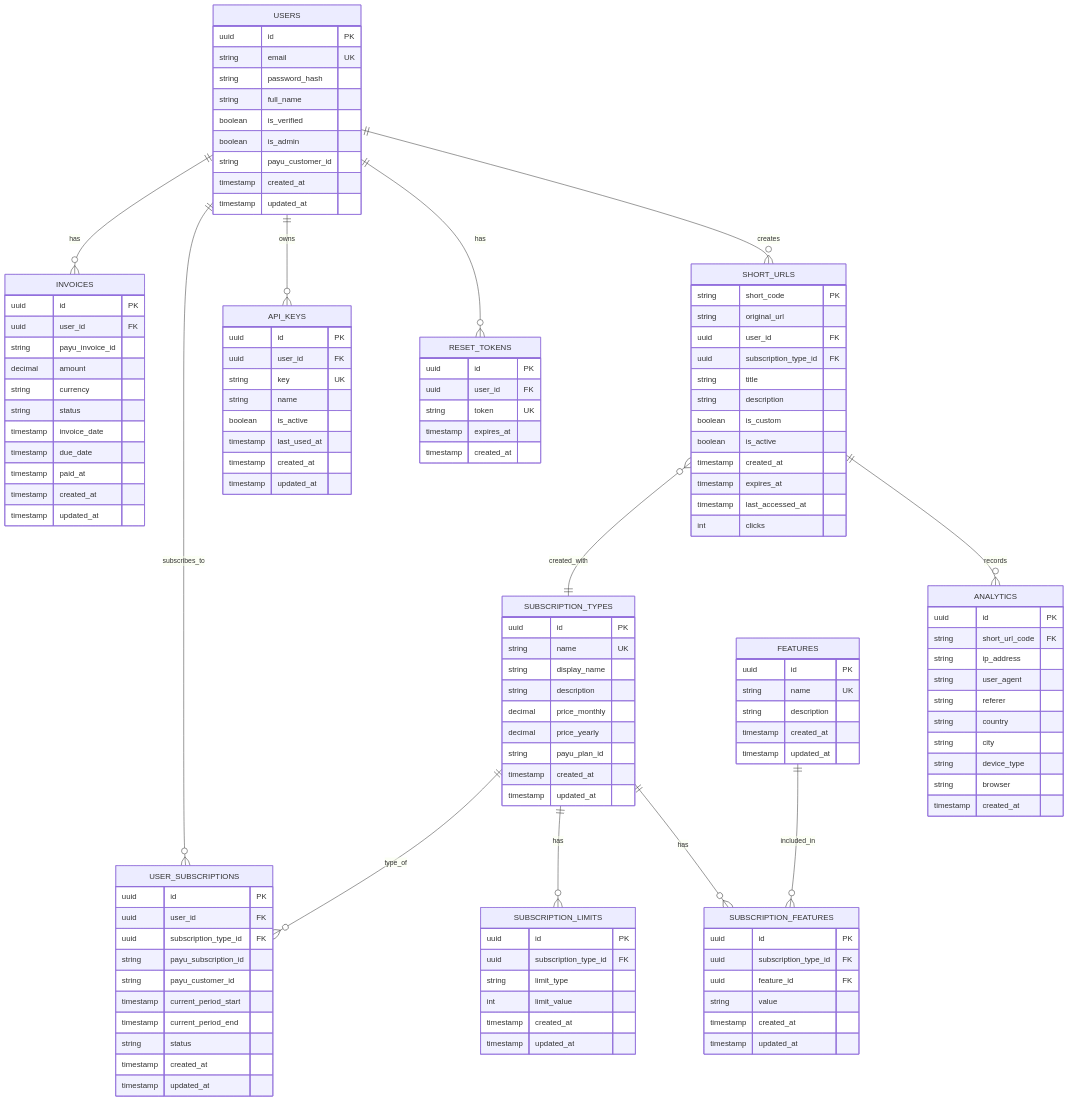
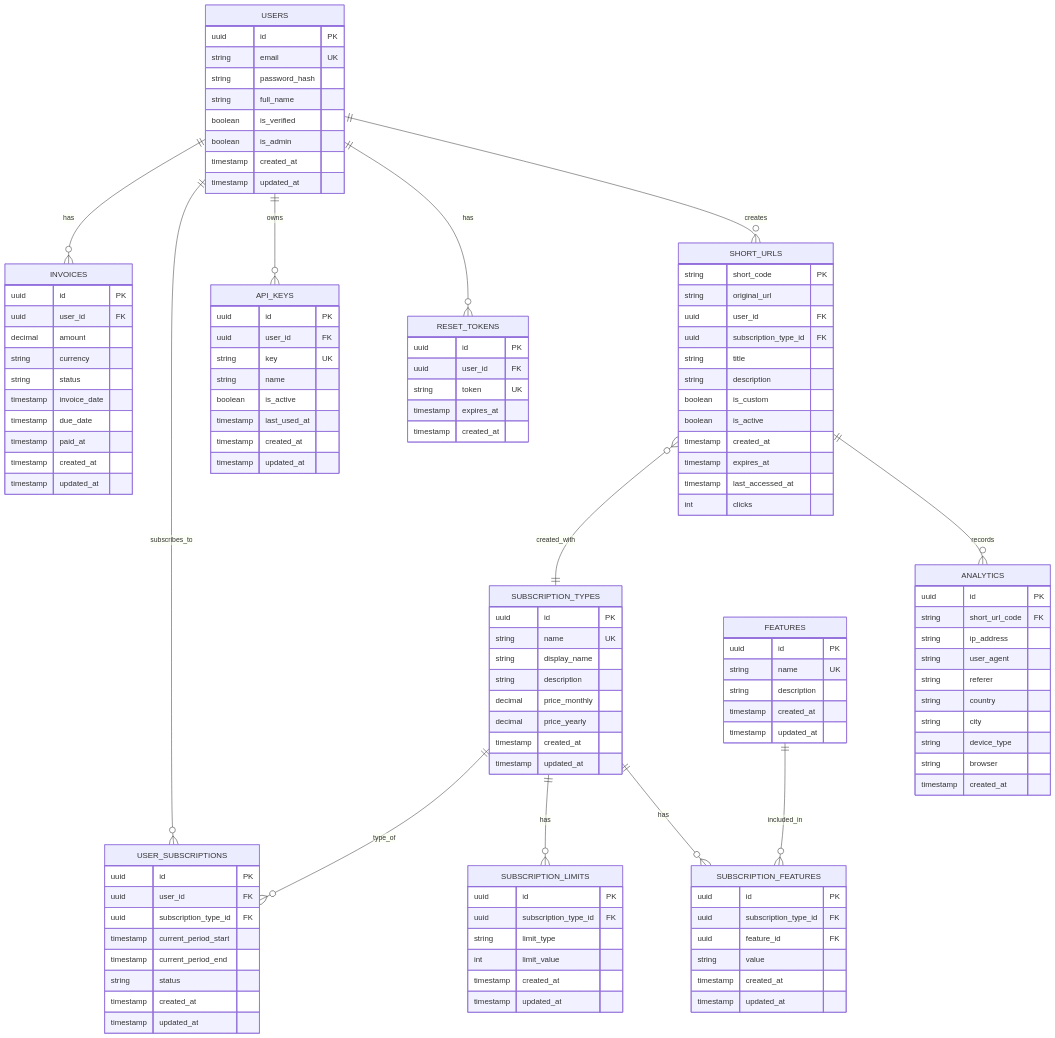
One commit to sylvesterdas/minifyn-homepage changed the diagram in docs/updated-erd.mermaid. Above: the diagram before and after it, drawn with Mermaid. The commit also changed 10 other files, not shown here.

```diff
--- a/docs/updated-erd.mermaid
+++ b/docs/updated-erd.mermaid
@@ -1,136 +1,131 @@
 erDiagram
     USERS ||--o{ SHORT_URLS : creates
     USERS ||--o{ RESET_TOKENS : has
     USERS ||--o{ API_KEYS : owns
     USERS ||--o{ USER_SUBSCRIPTIONS : subscribes_to
     USERS ||--o{ INVOICES : has
     SHORT_URLS ||--o{ ANALYTICS : records
     SUBSCRIPTION_TYPES ||--o{ SUBSCRIPTION_FEATURES : has
     SUBSCRIPTION_TYPES ||--o{ SUBSCRIPTION_LIMITS : has
     FEATURES ||--o{ SUBSCRIPTION_FEATURES : included_in
     SUBSCRIPTION_TYPES ||--o{ USER_SUBSCRIPTIONS : type_of
     SHORT_URLS }o--|| SUBSCRIPTION_TYPES : created_with
 
     USERS {
         uuid id PK
         string email UK
         string password_hash
         string full_name
         boolean is_verified
         boolean is_admin
-        string payu_customer_id
         timestamp created_at
         timestamp updated_at
     }
 
     SHORT_URLS {
         string short_code PK
         string original_url
         uuid user_id FK
         uuid subscription_type_id FK
         string title
         string description
         boolean is_custom
         boolean is_active
         timestamp created_at
         timestamp expires_at
         timestamp last_accessed_at
         int clicks
     }
 
     ANALYTICS {
         uuid id PK
         string short_url_code FK
         string ip_address
         string user_agent
         string referer
         string country
         string city
         string device_type
         string browser
         timestamp created_at
     }
 
     RESET_TOKENS {
         uuid id PK
         uuid user_id FK
         string token UK
         timestamp expires_at
         timestamp created_at
     }
 
     API_KEYS {
         uuid id PK
         uuid user_id FK
         string key UK
         string name
         boolean is_active
         timestamp last_used_at
         timestamp created_at
         timestamp updated_at
     }
 
     SUBSCRIPTION_TYPES {
         uuid id PK
         string name UK
         string display_name
         string description
         decimal price_monthly
         decimal price_yearly
-        string payu_plan_id
         timestamp created_at
         timestamp updated_at
     }
 
     FEATURES {
         uuid id PK
         string name UK
         string description
         timestamp created_at
         timestamp updated_at
     }
 
     SUBSCRIPTION_FEATURES {
         uuid id PK
         uuid subscription_type_id FK
         uuid feature_id FK
         string value
         timestamp created_at
         timestamp updated_at
     }
 
     SUBSCRIPTION_LIMITS {
         uuid id PK
         uuid subscription_type_id FK
         string limit_type
         int limit_value
         timestamp created_at
         timestamp updated_at
     }
 
     USER_SUBSCRIPTIONS {
         uuid id PK
         uuid user_id FK
         uuid subscription_type_id FK
-        string payu_subscription_id
-        string payu_customer_id
         timestamp current_period_start
         timestamp current_period_end
         string status
         timestamp created_at
         timestamp updated_at
     }
 
     INVOICES {
         uuid id PK
         uuid user_id FK
-        string payu_invoice_id
         decimal amount
         string currency
         string status
         timestamp invoice_date
         timestamp due_date
         timestamp paid_at
         timestamp created_at
         timestamp updated_at
     }
```
